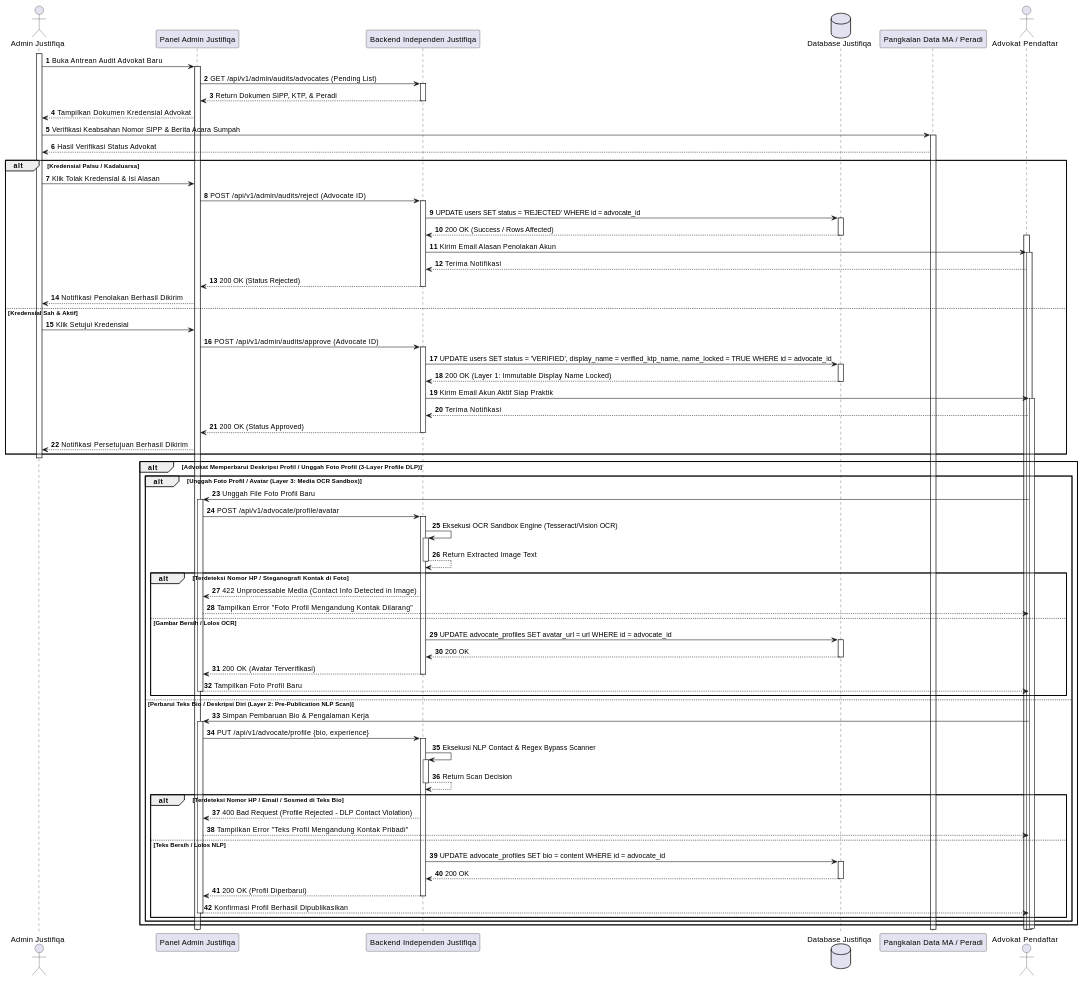
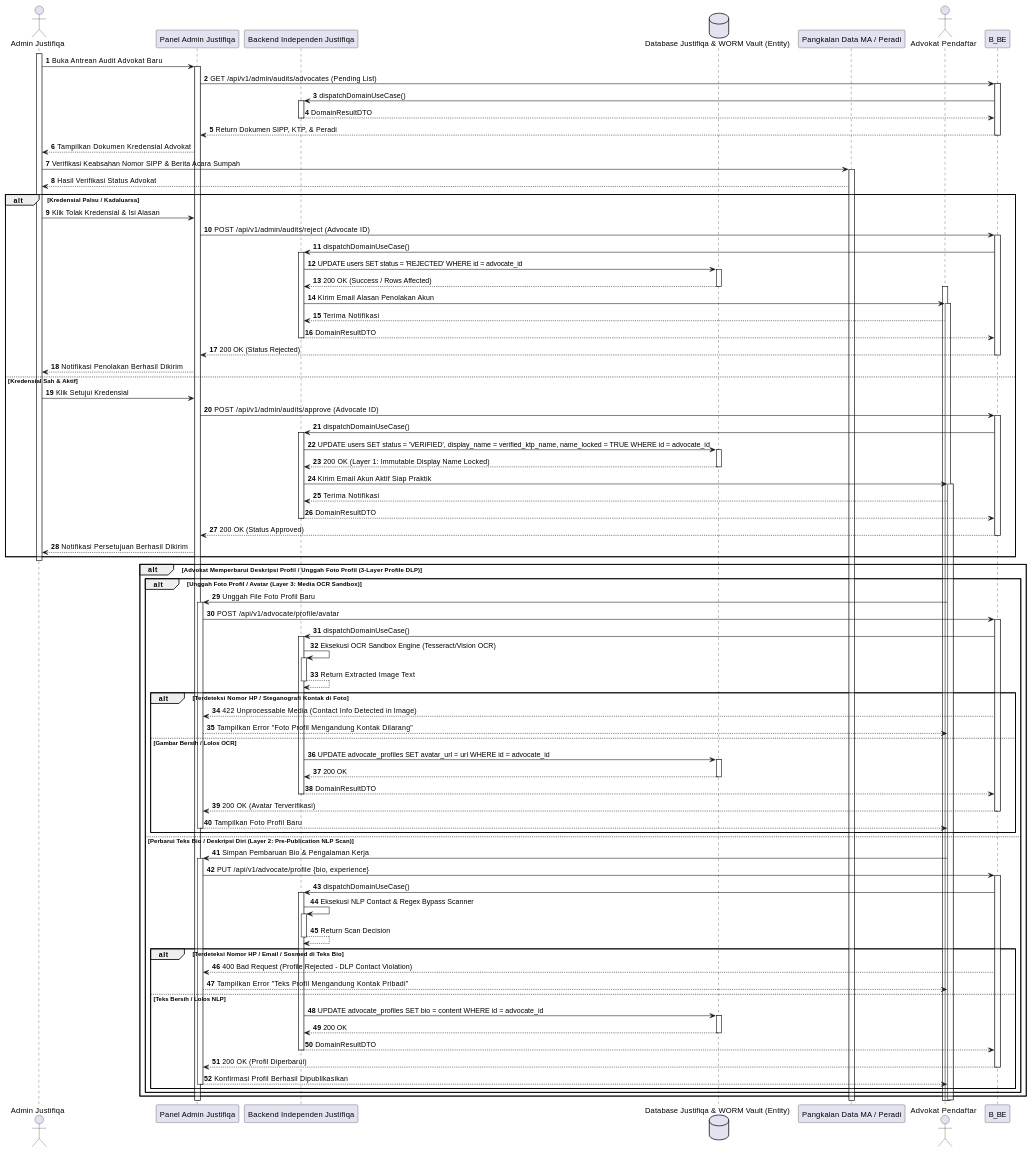
The ninth of 28 diagrams in MarkDown/plantuml_sequence_diagrams.md (tupperwureism/SuperApp-Gagal), drawn with PlantUML before and after one commit. The commit also changed other lines of this file and 1 other file, not shown here.

Commit message:
refactor(sequence-diagrams): upgrade all 28 Sequence Diagrams to Component-Level 5-Lifeline BCE Architecture

```diff
--- a/MarkDown/plantuml_sequence_diagrams.md
+++ b/MarkDown/plantuml_sequence_diagrams.md
@@ -778,72 +563,82 @@
 @startuml
 autonumber
 actor "Admin Justifiqa" as Admin
-participant "Panel Admin Justifiqa" as FE
-participant "Backend Independen Justifiqa" as BE
-database "Database Justifiqa" as DB
+participant "Panel Admin Justifiqa" as B_FE
+participant "Backend Independen Justifiqa" as C_Svc
+database "Database Justifiqa & WORM Vault (Entity)" as E_DB
 participant "Pangkalan Data MA / Peradi" as Peradi
 actor "Advokat Pendaftar" as Mitra
 
 activate Admin
-Admin -> FE ++ : Buka Antrean Audit Advokat Baru
-FE -> BE ++ : GET /api/v1/admin/audits/advocates (Pending List)
-BE --> FE -- : Return Dokumen SIPP, KTP, & Peradi
-FE --> Admin : Tampilkan Dokumen Kredensial Advokat
+Admin -> B_FE ++ : Buka Antrean Audit Advokat Baru
+B_FE -> B_BE ++ : GET /api/v1/admin/audits/advocates (Pending List)
+    B_BE -> C_Svc ++ : dispatchDomainUseCase()
+C_Svc --> B_BE -- : DomainResultDTO
+    B_BE --> B_FE -- : Return Dokumen SIPP, KTP, & Peradi
+B_FE --> Admin : Tampilkan Dokumen Kredensial Advokat
 Admin -> Peradi ++ : Verifikasi Keabsahan Nomor SIPP & Berita Acara Sumpah
 Peradi --> Admin : Hasil Verifikasi Status Advokat
 
 alt Kredensial Palsu / Kadaluarsa
-    Admin -> FE : Klik Tolak Kredensial & Isi Alasan
-    FE -> BE ++ : POST /api/v1/admin/audits/reject (Advocate ID)
-    BE -> DB ++ : UPDATE users SET status = 'REJECTED' WHERE id = advocate_id
-    DB --> BE -- : 200 OK (Success / Rows Affected)
+    Admin -> B_FE : Klik Tolak Kredensial & Isi Alasan
+    B_FE -> B_BE ++ : POST /api/v1/admin/audits/reject (Advocate ID)
+    B_BE -> C_Svc ++ : dispatchDomainUseCase()
+    C_Svc -> E_DB ++ : UPDATE users SET status = 'REJECTED' WHERE id = advocate_id
+    E_DB --> C_Svc -- : 200 OK (Success / Rows Affected)
 activate Mitra
-    BE -> Mitra ++ : Kirim Email Alasan Penolakan Akun
-    Mitra --> BE : Terima Notifikasi
-    BE --> FE -- : 200 OK (Status Rejected)
-    FE --> Admin : Notifikasi Penolakan Berhasil Dikirim
+    C_Svc -> Mitra ++ : Kirim Email Alasan Penolakan Akun
+    Mitra --> C_Svc : Terima Notifikasi
+    C_Svc --> B_BE -- : DomainResultDTO
+    B_BE --> B_FE -- : 200 OK (Status Rejected)
+    B_FE --> Admin : Notifikasi Penolakan Berhasil Dikirim
 else Kredensial Sah & Aktif
-    Admin -> FE : Klik Setujui Kredensial
-    FE -> BE ++ : POST /api/v1/admin/audits/approve (Advocate ID)
-    BE -> DB ++ : UPDATE users SET status = 'VERIFIED', display_name = verified_ktp_name, name_locked = TRUE WHERE id = advocate_id
-    DB --> BE -- : 200 OK (Layer 1: Immutable Display Name Locked)
-    BE -> Mitra ++ : Kirim Email Akun Aktif Siap Praktik
-    Mitra --> BE : Terima Notifikasi
-    BE --> FE -- : 200 OK (Status Approved)
-    FE --> Admin : Notifikasi Persetujuan Berhasil Dikirim
+    Admin -> B_FE : Klik Setujui Kredensial
+    B_FE -> B_BE ++ : POST /api/v1/admin/audits/approve (Advocate ID)
+    B_BE -> C_Svc ++ : dispatchDomainUseCase()
+    C_Svc -> E_DB ++ : UPDATE users SET status = 'VERIFIED', display_name = verified_ktp_name, name_locked = TRUE WHERE id = advocate_id
+    E_DB --> C_Svc -- : 200 OK (Layer 1: Immutable Display Name Locked)
+    C_Svc -> Mitra ++ : Kirim Email Akun Aktif Siap Praktik
+    Mitra --> C_Svc : Terima Notifikasi
+    C_Svc --> B_BE -- : DomainResultDTO
+    B_BE --> B_FE -- : 200 OK (Status Approved)
+    B_FE --> Admin : Notifikasi Persetujuan Berhasil Dikirim
 end
 deactivate Admin
 
 alt Advokat Memperbarui Deskripsi Profil / Unggah Foto Profil (3-Layer Profile DLP)
     alt Unggah Foto Profil / Avatar (Layer 3: Media OCR Sandbox)
-        Mitra -> FE ++ : Unggah File Foto Profil Baru
-        FE -> BE ++ : POST /api/v1/advocate/profile/avatar
-        BE -> BE ++ : Eksekusi OCR Sandbox Engine (Tesseract/Vision OCR)
-        BE --> BE -- : Return Extracted Image Text
+        Mitra -> B_FE ++ : Unggah File Foto Profil Baru
+        B_FE -> B_BE ++ : POST /api/v1/advocate/profile/avatar
+    B_BE -> C_Svc ++ : dispatchDomainUseCase()
+        C_Svc -> C_Svc ++ : Eksekusi OCR Sandbox Engine (Tesseract/Vision OCR)
+        C_Svc --> C_Svc -- : Return Extracted Image Text
         alt Terdeteksi Nomor HP / Steganografi Kontak di Foto
-            BE --> FE : 422 Unprocessable Media (Contact Info Detected in Image)
-            FE --> Mitra : Tampilkan Error "Foto Profil Mengandung Kontak Dilarang"
+            B_BE --> B_FE : 422 Unprocessable Media (Contact Info Detected in Image)
+            B_FE --> Mitra : Tampilkan Error "Foto Profil Mengandung Kontak Dilarang"
         else Gambar Bersih / Lolos OCR
-            BE -> DB ++ : UPDATE advocate_profiles SET avatar_url = url WHERE id = advocate_id
-            DB --> BE -- : 200 OK
-            BE --> FE -- : 200 OK (Avatar Terverifikasi)
-            FE --> Mitra : Tampilkan Foto Profil Baru
-            deactivate FE
+            C_Svc -> E_DB ++ : UPDATE advocate_profiles SET avatar_url = url WHERE id = advocate_id
+            E_DB --> C_Svc -- : 200 OK
+            C_Svc --> B_BE -- : DomainResultDTO
+    B_BE --> B_FE -- : 200 OK (Avatar Terverifikasi)
+            B_FE --> Mitra : Tampilkan Foto Profil Baru
+            deactivate B_FE
         end
     else Perbarui Teks Bio / Deskripsi Diri (Layer 2: Pre-Publication NLP Scan)
-        Mitra -> FE ++ : Simpan Pembaruan Bio & Pengalaman Kerja
-        FE -> BE ++ : PUT /api/v1/advocate/profile {bio, experience}
-        BE -> BE ++ : Eksekusi NLP Contact & Regex Bypass Scanner
-        BE --> BE -- : Return Scan Decision
+        Mitra -> B_FE ++ : Simpan Pembaruan Bio & Pengalaman Kerja
+        B_FE -> B_BE ++ : PUT /api/v1/advocate/profile {bio, experience}
+    B_BE -> C_Svc ++ : dispatchDomainUseCase()
+        C_Svc -> C_Svc ++ : Eksekusi NLP Contact & Regex Bypass Scanner
+        C_Svc --> C_Svc -- : Return Scan Decision
         alt Terdeteksi Nomor HP / Email / Sosmed di Teks Bio
-            BE --> FE : 400 Bad Request (Profile Rejected - DLP Contact Violation)
-            FE --> Mitra : Tampilkan Error "Teks Profil Mengandung Kontak Pribadi"
+            B_BE --> B_FE : 400 Bad Request (Profile Rejected - DLP Contact Violation)
+            B_FE --> Mitra : Tampilkan Error "Teks Profil Mengandung Kontak Pribadi"
         else Teks Bersih / Lolos NLP
-            BE -> DB ++ : UPDATE advocate_profiles SET bio = content WHERE id = advocate_id
-            DB --> BE -- : 200 OK
-            BE --> FE -- : 200 OK (Profil Diperbarui)
-            FE --> Mitra : Konfirmasi Profil Berhasil Dipublikasikan
-            deactivate FE
+            C_Svc -> E_DB ++ : UPDATE advocate_profiles SET bio = content WHERE id = advocate_id
+            E_DB --> C_Svc -- : 200 OK
+            C_Svc --> B_BE -- : DomainResultDTO
+    B_BE --> B_FE -- : 200 OK (Profil Diperbarui)
+            B_FE --> Mitra : Konfirmasi Profil Berhasil Dipublikasikan
+            deactivate B_FE
         end
     end
 end
```
